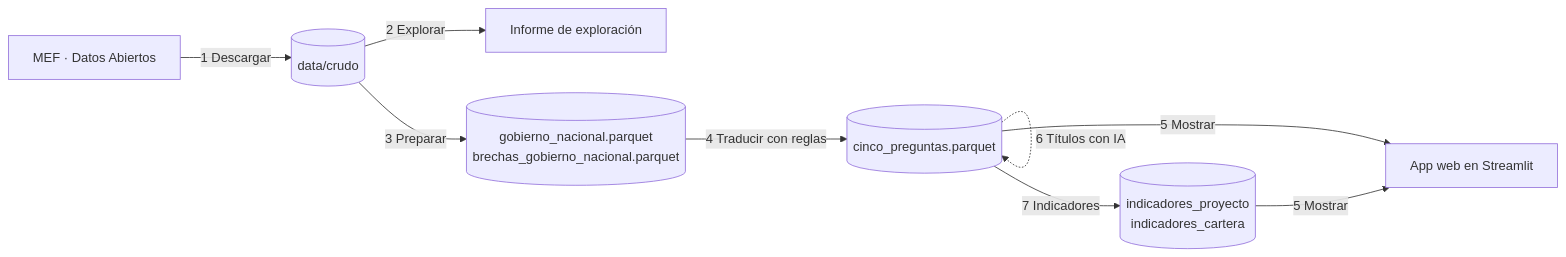
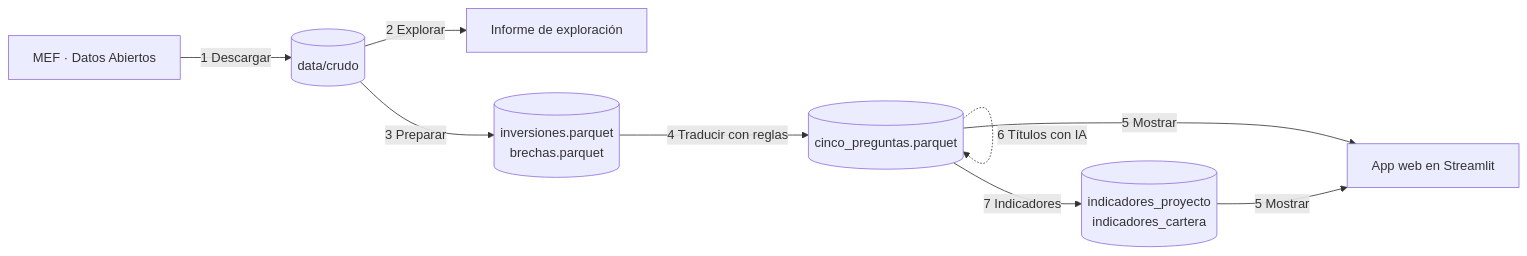
One commit to diegosimemirror/tarea5 changed the diagram in docs/mapa_de_procesos.md. Above: the diagram before and after it, drawn with Mermaid. The commit also changed other lines of this file and 2 other files, not shown here.

Commit message:
README, mapa de procesos y alcance: gobierno nacional y gobiernos regionales

````diff
--- a/docs/mapa_de_procesos.md
+++ b/docs/mapa_de_procesos.md
@@ -16,11 +16,11 @@
 ```mermaid
 flowchart LR
   A[MEF · Datos Abiertos] -->|1 Descargar| B[(data/crudo)]
   B -->|2 Explorar| C[Informe de exploración]
-  B -->|3 Preparar| D[(gobierno_nacional.parquet<br>brechas_gobierno_nacional.parquet)]
+  B -->|3 Preparar| D[(inversiones.parquet<br>brechas.parquet)]
   D -->|4 Traducir con reglas| E[(cinco_preguntas.parquet)]
   E -.->|6 Títulos con IA| E
   E -->|7 Indicadores| G[(indicadores_proyecto<br>indicadores_cartera)]
   E -->|5 Mostrar| F[App web en Streamlit]
   G -->|5 Mostrar| F
 ```
````
